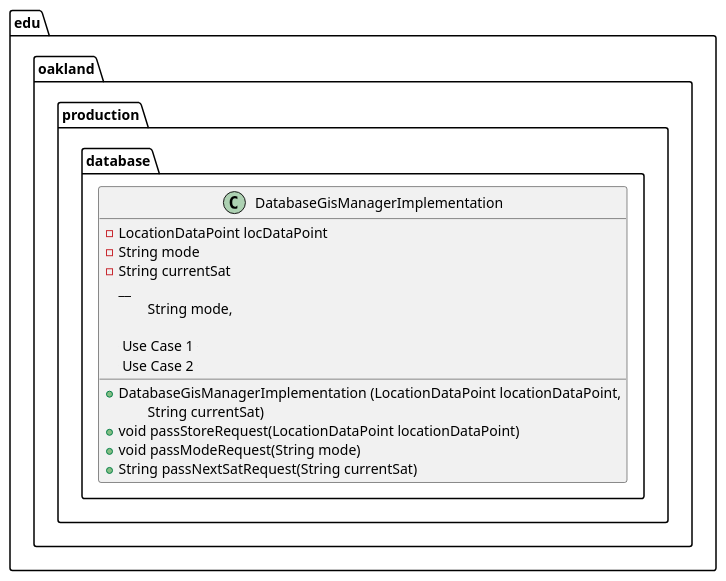
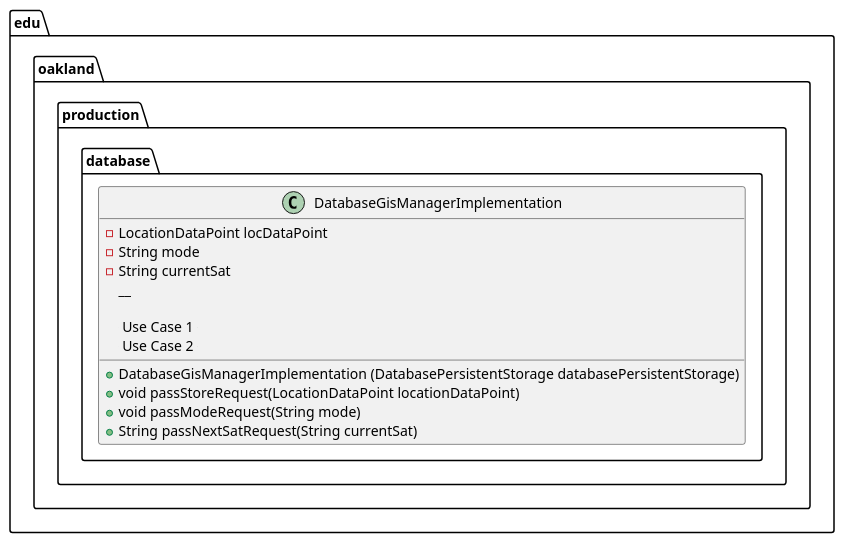
The diagram in docs/uml-class-diagrams/database/production/DatabaseGisManagerImplementation/DatabaseGisManagerImplementation.puml (elilley15/csi-3370-software-project), drawn with PlantUML before and after one commit. The commit also changed 1 other file, not shown here.

Commit message:
Update DatabaseGISManagerImplementationTests

```diff
--- a/docs/uml-class-diagrams/database/production/DatabaseGisManagerImplementation/DatabaseGisManagerImplementation.puml
+++ b/docs/uml-class-diagrams/database/production/DatabaseGisManagerImplementation/DatabaseGisManagerImplementation.puml
@@ -1,21 +1,19 @@
 @startuml DatabaseGisManagerImplementation
 
 package edu.oakland.production.database {
     class DatabaseGisManagerImplementation {
     	- LocationDataPoint locDataPoint
     	- String mode
     	- String currentSat
           __
-        + DatabaseGisManagerImplementation (LocationDataPoint locationDataPoint, 
-        \tString mode, 
-        \tString currentSat)
+        + DatabaseGisManagerImplementation (DatabasePersistentStorage databasePersistentStorage)
         
         .. Use Case 1 ..
         + void passStoreRequest(LocationDataPoint locationDataPoint)
         .. Use Case 2 ..
         + void passModeRequest(String mode)
         + String passNextSatRequest(String currentSat)
     }
 }
 
 @enduml
```
